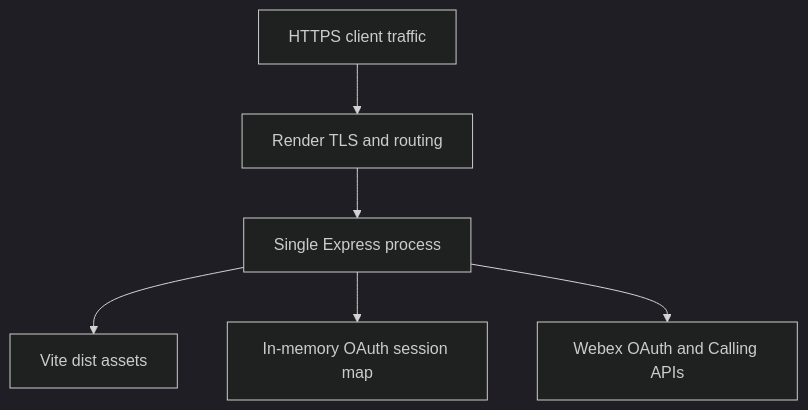
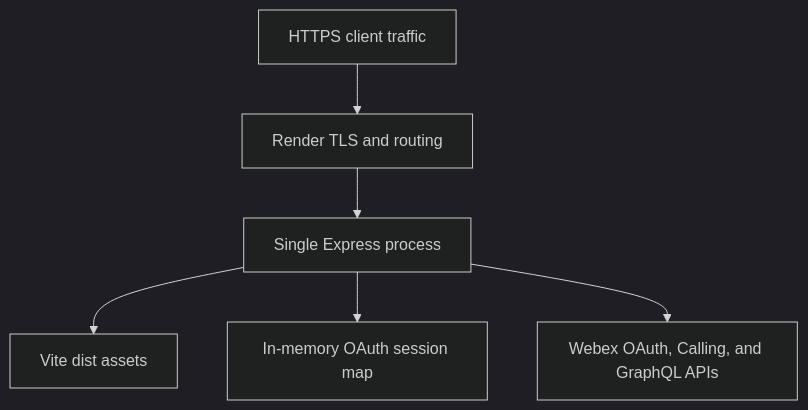
The ninth of 9 diagrams in ARCHITECTURE.md (aashishberry/webexcc_sdk_app), drawn with Mermaid (dark theme) before and after one commit. The commit also changed other lines of this file and 9 other files, not shown here.

Commit message:
add graphql agent performance stats

````diff
--- a/ARCHITECTURE.md
+++ b/ARCHITECTURE.md
@@ -472,8 +513,8 @@
 ```mermaid
 flowchart TB
     Internet["HTTPS client traffic"] --> LB["Render TLS and routing"]
     LB --> Node["Single Express process"]
     Node --> Static["Vite dist assets"]
     Node --> Memory["In-memory OAuth session map"]
-    Node --> Webex["Webex OAuth and Calling APIs"]
+    Node --> Webex["Webex OAuth, Calling, and GraphQL APIs"]
 ```
````
